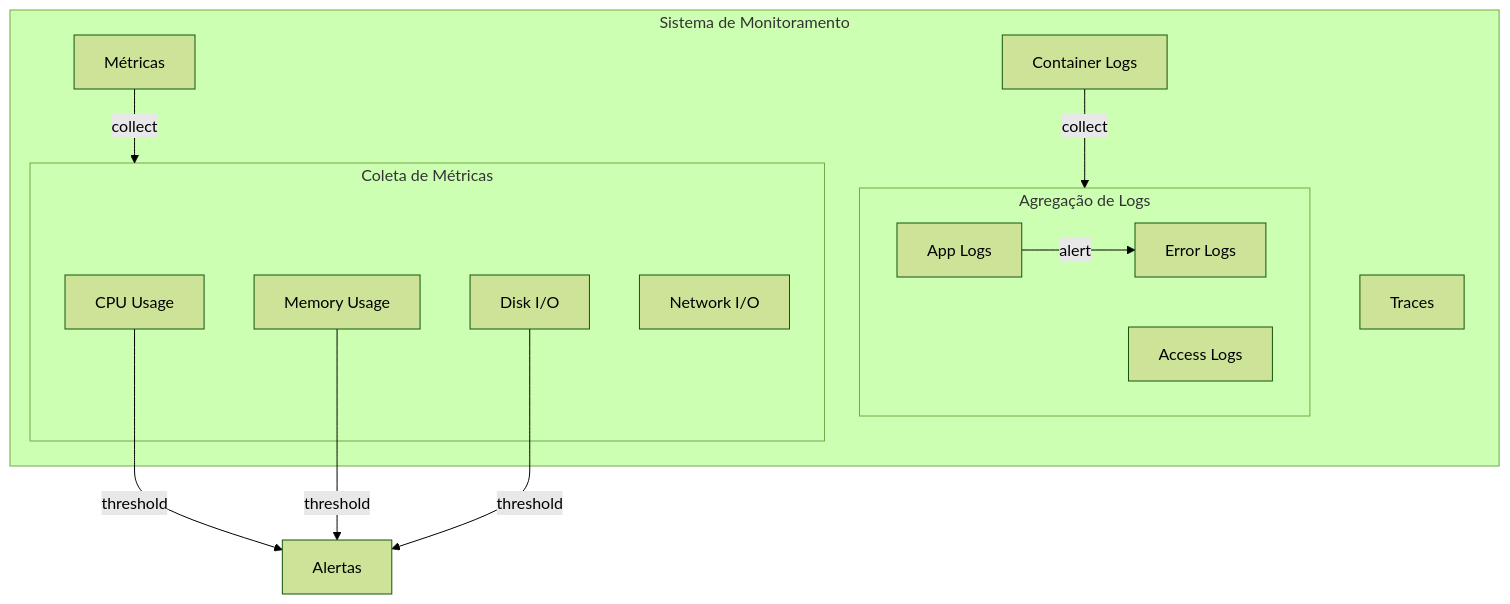
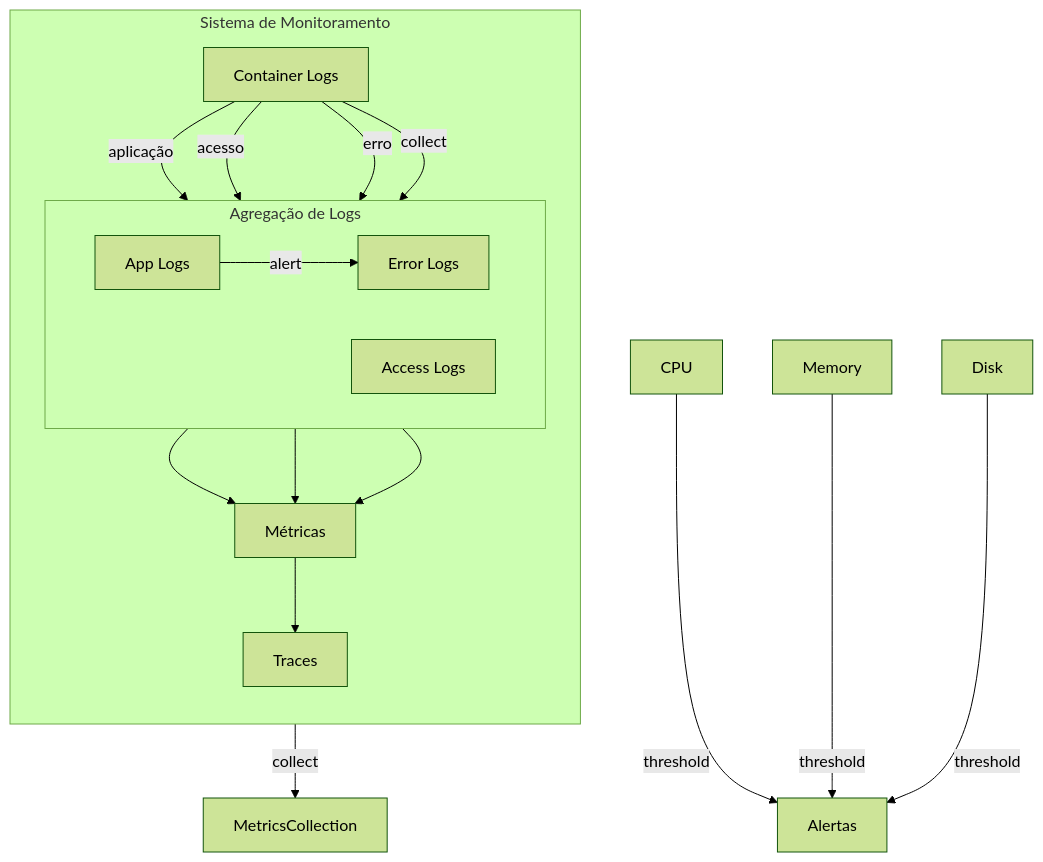
One commit to thespamer/propos4l changed the fifth of 5 diagrams in doc/docker_compose.md. Above: the diagram before and after it, drawn with Mermaid (forest theme). The commit also changed other lines of this file and 37 other files, not shown here.

````diff
--- a/doc/docker_compose.md
+++ b/doc/docker_compose.md
@@ -140,29 +165,35 @@
 ```mermaid
-graph TB
+flowchart TB
     subgraph Monitoring["Sistema de Monitoramento"]
+        direction TB
         Logs["Container Logs"]
         Metrics["Métricas"]
         Traces["Traces"]
         
         subgraph LogAggregation["Agregação de Logs"]
+            direction LR
             AppLogs["App Logs"]
             AccessLogs["Access Logs"]
             ErrorLogs["Error Logs"]
         end
         
-        subgraph MetricsCollection["Coleta de Métricas"]
-            CPU["CPU Usage"]
-            Memory["Memory Usage"]
-            Disk["Disk I/O"]
-            Network["Network I/O"]
-        end
+        %% Log Flow
+        Logs -->|"aplicação"| AppLogs
+        Logs -->|"acesso"| AccessLogs
+        Logs -->|"erro"| ErrorLogs
+        
+        %% Monitoring Flow
+        AppLogs --> Metrics
+        AccessLogs --> Metrics
+        ErrorLogs --> Metrics
+        Metrics --> Traces
     end
     
     Logs -->|collect| LogAggregation
     Metrics -->|collect| MetricsCollection
     
     AppLogs -->|alert| ErrorLogs
     CPU -->|threshold| Alerts["Alertas"]
     Memory -->|threshold| Alerts
     Disk -->|threshold| Alerts
 ```
````
